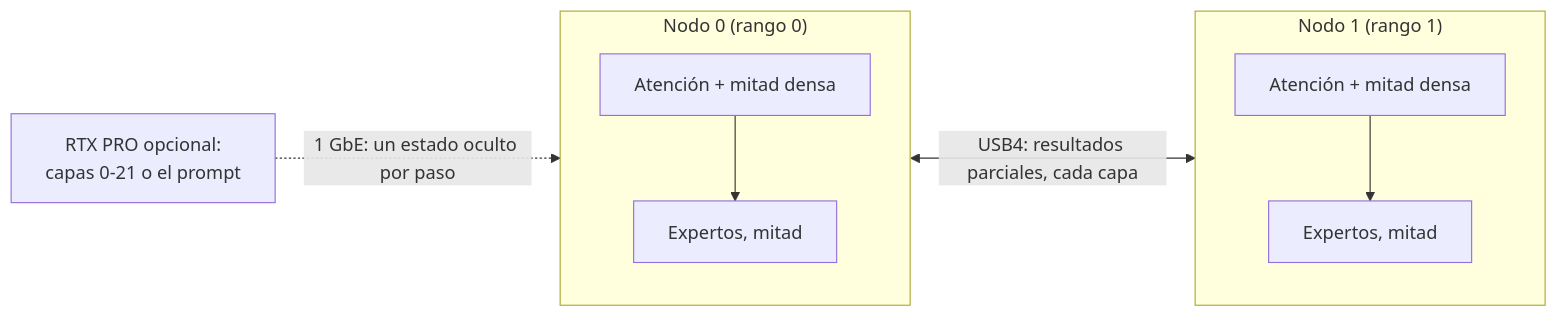
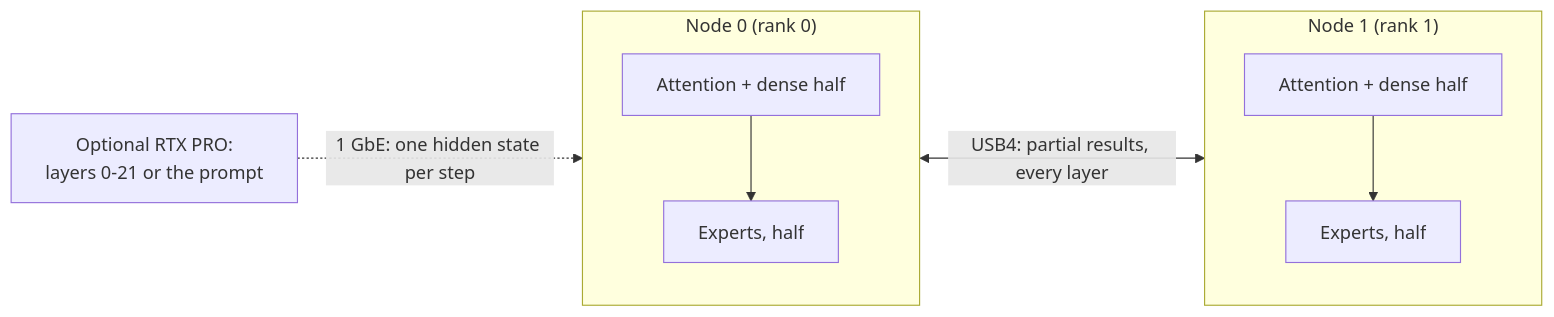
One commit to hyukudan/strix-halo-engine-lab changed the second of 2 diagrams in README.es.md. Above: the diagram before and after it, drawn with Mermaid. The commit also changed other lines of this file and 1 other file, not shown here.

First line of the commit message:
README: refresh every section for the current engines (English and Spanish)

````diff
--- a/README.es.md
+++ b/README.es.md
@@ -605,11 +961,11 @@
 ```mermaid
 flowchart LR
-    subgraph N0["Nodo 0 (rango 0)"]
-      A0["Atención + mitad densa"] --> E0["Expertos, mitad"]
+    subgraph N0["Node 0 (rank 0)"]
+      A0["Attention + dense half"] --> E0["Experts, half"]
     end
-    subgraph N1["Nodo 1 (rango 1)"]
-      A1["Atención + mitad densa"] --> E1["Expertos, mitad"]
+    subgraph N1["Node 1 (rank 1)"]
+      A1["Attention + dense half"] --> E1["Experts, half"]
     end
-    N0 <-- "USB4: resultados parciales, cada capa" --> N1
-    R["RTX PRO opcional:<br/>capas 0-21 o el prompt"] -. "1 GbE: un estado oculto por paso" .-> N0
+    N0 <-- "USB4: partial results, every layer" --> N1
+    R["Optional RTX PRO:<br/>layers 0-21 or the prompt"] -. "1 GbE: one hidden state per step" .-> N0
 ```
````
